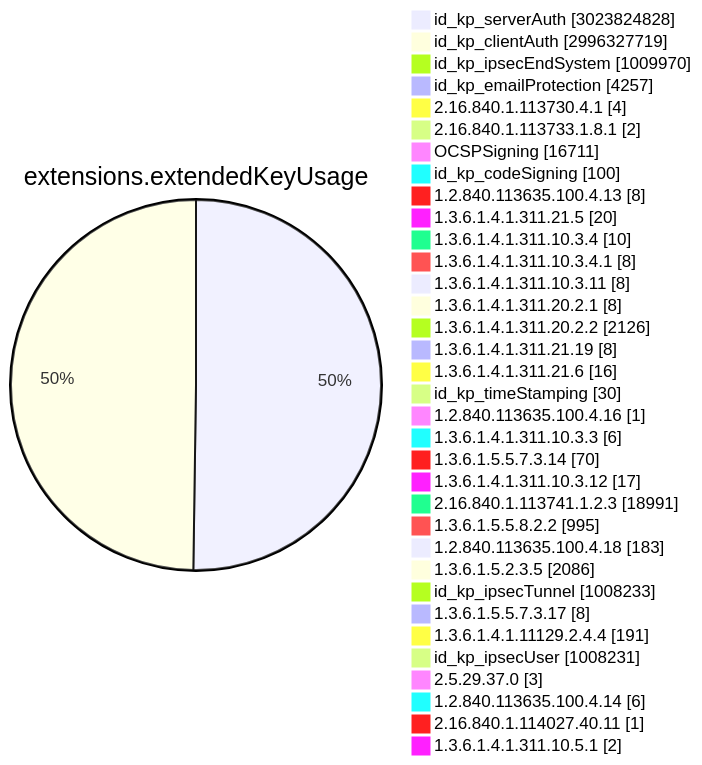
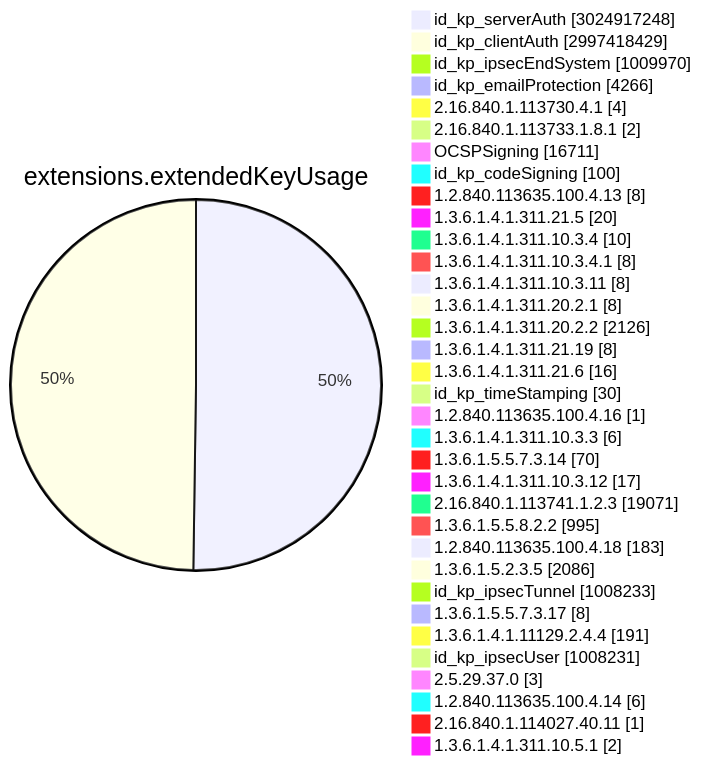
Diagram 11 of 15 in TOTAL/README.md (christiankrug/ctmonitor_visualization), drawn with Mermaid before and after one commit. The commit also changed other lines of this file, not shown here.

````diff
--- a/TOTAL/README.md
+++ b/TOTAL/README.md
@@ -4107,38 +4108,38 @@
 ```mermaid
 pie showData
 title extensions.extendedKeyUsage
-"id_kp_serverAuth" :3023824828
-"id_kp_clientAuth" :2996327719
+"id_kp_serverAuth" :3024917248
+"id_kp_clientAuth" :2997418429
 "id_kp_ipsecEndSystem" :1009970
-"id_kp_emailProtection" :4257
+"id_kp_emailProtection" :4266
 "2.16.840.1.113730.4.1" :4
 "2.16.840.1.113733.1.8.1" :2
 "OCSPSigning" :16711
 "id_kp_codeSigning" :100
 "1.2.840.113635.100.4.13" :8
 "1.3.6.1.4.1.311.21.5" :20
 "1.3.6.1.4.1.311.10.3.4" :10
 "1.3.6.1.4.1.311.10.3.4.1" :8
 "1.3.6.1.4.1.311.10.3.11" :8
 "1.3.6.1.4.1.311.20.2.1" :8
 "1.3.6.1.4.1.311.20.2.2" :2126
 "1.3.6.1.4.1.311.21.19" :8
 "1.3.6.1.4.1.311.21.6" :16
 "id_kp_timeStamping" :30
 "1.2.840.113635.100.4.16" :1
 "1.3.6.1.4.1.311.10.3.3" :6
 "1.3.6.1.5.5.7.3.14" :70
 "1.3.6.1.4.1.311.10.3.12" :17
-"2.16.840.1.113741.1.2.3" :18991
+"2.16.840.1.113741.1.2.3" :19071
 "1.3.6.1.5.5.8.2.2" :995
 "1.2.840.113635.100.4.18" :183
 "1.3.6.1.5.2.3.5" :2086
 "id_kp_ipsecTunnel" :1008233
 "1.3.6.1.5.5.7.3.17" :8
 "1.3.6.1.4.1.11129.2.4.4" :191
 "id_kp_ipsecUser" :1008231
 "2.5.29.37.0" :3
 "1.2.840.113635.100.4.14" :6
 "2.16.840.1.114027.40.11" :1
 "1.3.6.1.4.1.311.10.5.1" :2
 ```
````
